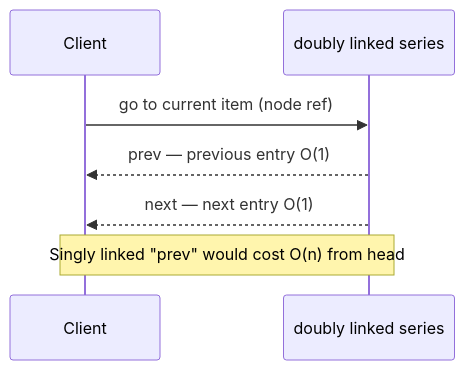
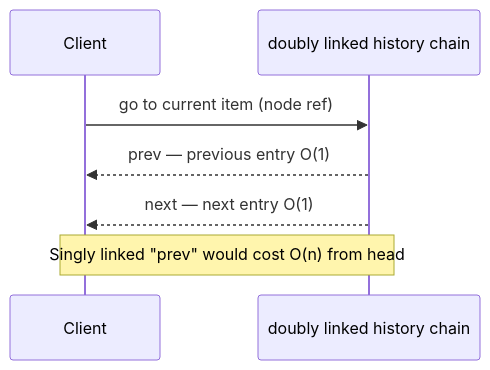
One commit to qgjones9/python-programming-guide changed the second of 10 diagrams in docs/dsa/data-structures/doubly-linked-list/index.md. Above: the diagram before and after it, drawn with Mermaid. The commit also changed other lines of this file and 19 other files, not shown here.

````diff
--- a/docs/dsa/data-structures/doubly-linked-list/index.md
+++ b/docs/dsa/data-structures/doubly-linked-list/index.md
@@ -54,9 +54,9 @@
 ```mermaid
 sequenceDiagram
   participant Client
-  participant DLL as doubly linked series
+  participant DLL as doubly linked history chain
   Client->>DLL: go to current item (node ref)
   DLL-->>Client: prev — previous entry O(1)
   DLL-->>Client: next — next entry O(1)
   Note over Client,DLL: Singly linked "prev" would cost O(n) from head
 ```
````
